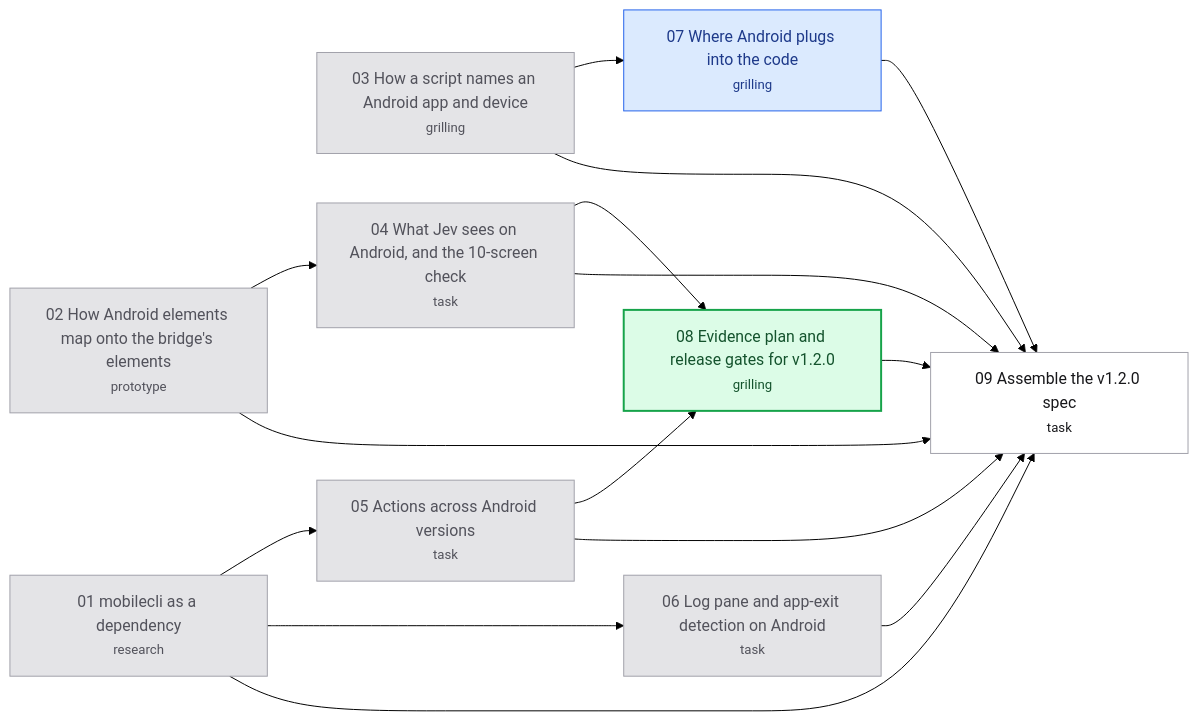
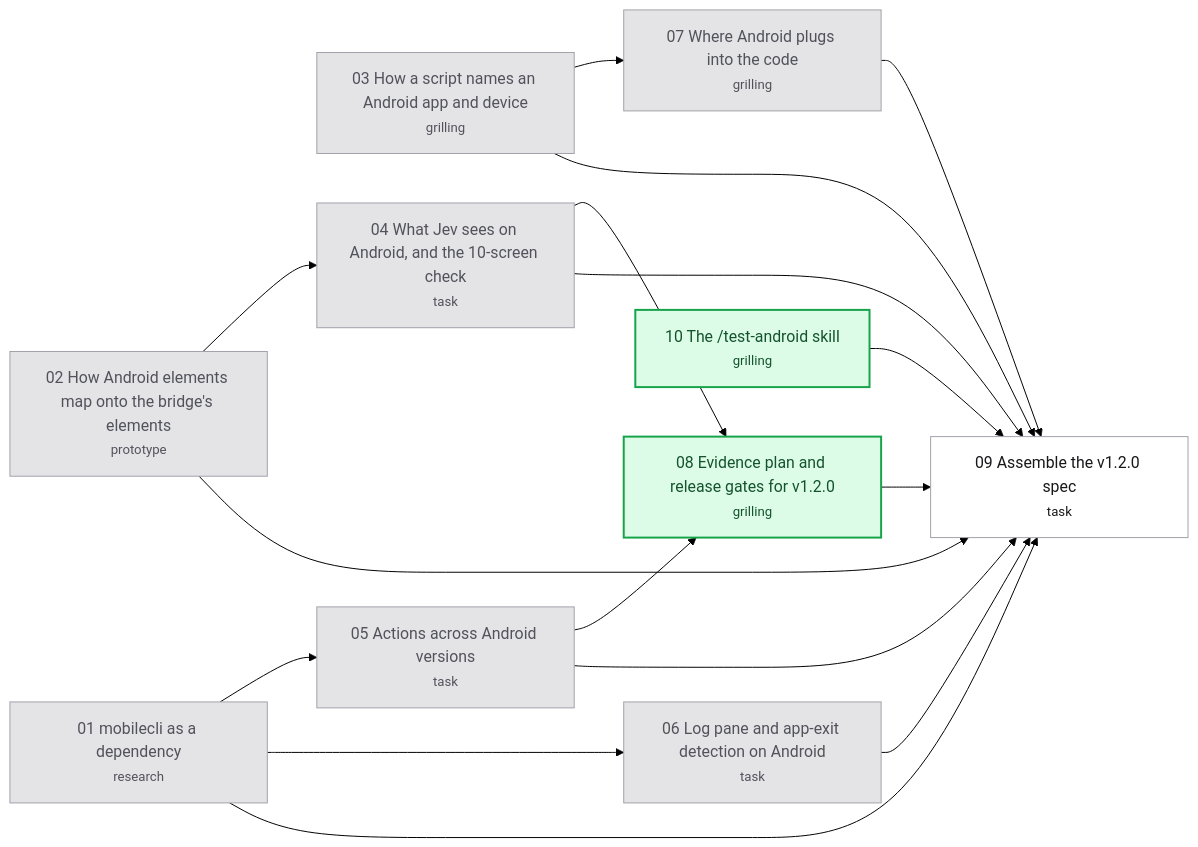
One commit to hugues-vnsgn/jev-ios-bridge changed the diagram in .scratch/android-support/map.md. Above: the diagram before and after it, drawn with Mermaid (forest theme). The commit also changed other lines of this file and 3 other files, not shown here.

Commit message:
wayfinder: resolve "Where Android plugs into the code"; graduate "The /test-android skill"

````diff
--- a/.scratch/android-support/map.md
+++ b/.scratch/android-support/map.md
@@ -47,34 +48,35 @@
 ```mermaid
 flowchart LR
     T01["01 mobilecli as a dependency<br/><small>research</small>"]
     T02["02 How Android elements map onto the bridge's elements<br/><small>prototype</small>"]
     T03["03 How a script names an Android app and device<br/><small>grilling</small>"]
     T04["04 What Jev sees on Android, and the 10-screen check<br/><small>task</small>"]
     T05["05 Actions across Android versions<br/><small>task</small>"]
     T06["06 Log pane and app-exit detection on Android<br/><small>task</small>"]
     T07["07 Where Android plugs into the code<br/><small>grilling</small>"]
     T08["08 Evidence plan and release gates for v1.2.0<br/><small>grilling</small>"]
     T09["09 Assemble the v1.2.0 spec<br/><small>task</small>"]
+    T10["10 The /test-android skill<br/><small>grilling</small>"]
     T02 --> T04
     T01 --> T05
     T01 --> T06
     T03 --> T07
     T04 --> T08
     T05 --> T08
     T01 --> T09
     T02 --> T09
     T03 --> T09
     T04 --> T09
     T05 --> T09
     T06 --> T09
     T07 --> T09
     T08 --> T09
+    T10 --> T09
     classDef resolved fill:#e4e4e7,stroke:#a1a1aa,color:#52525b
     classDef claimed fill:#dbeafe,stroke:#2563eb,color:#1e3a8a
     classDef frontier fill:#dcfce7,stroke:#16a34a,color:#14532d,stroke-width:2px
     classDef blocked fill:#ffffff,stroke:#a1a1aa,color:#18181b
-    class T01,T02,T03,T04,T05,T06 resolved
-    class T07 claimed
-    class T08 frontier
+    class T01,T02,T03,T04,T05,T06,T07 resolved
+    class T08,T10 frontier
     class T09 blocked
 ```
````
